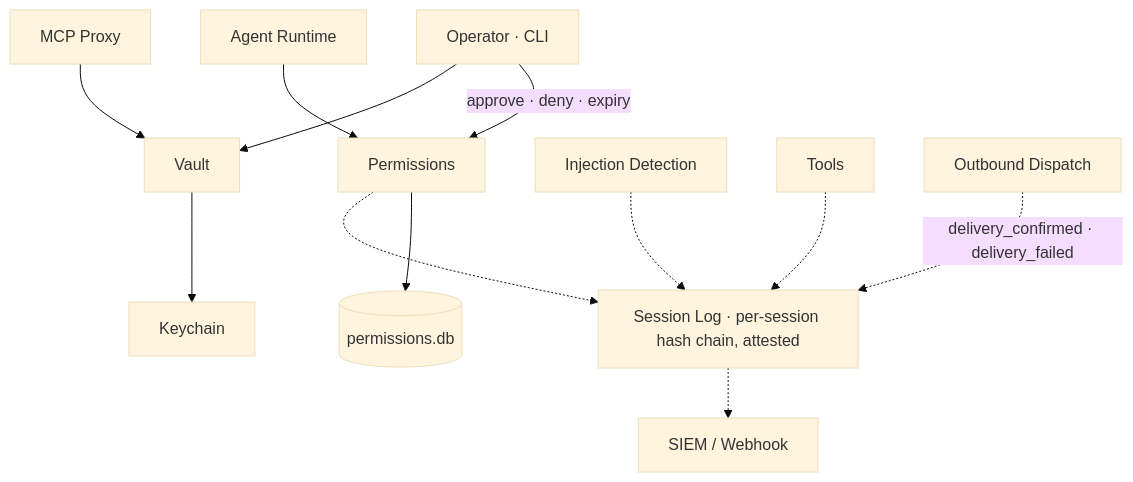
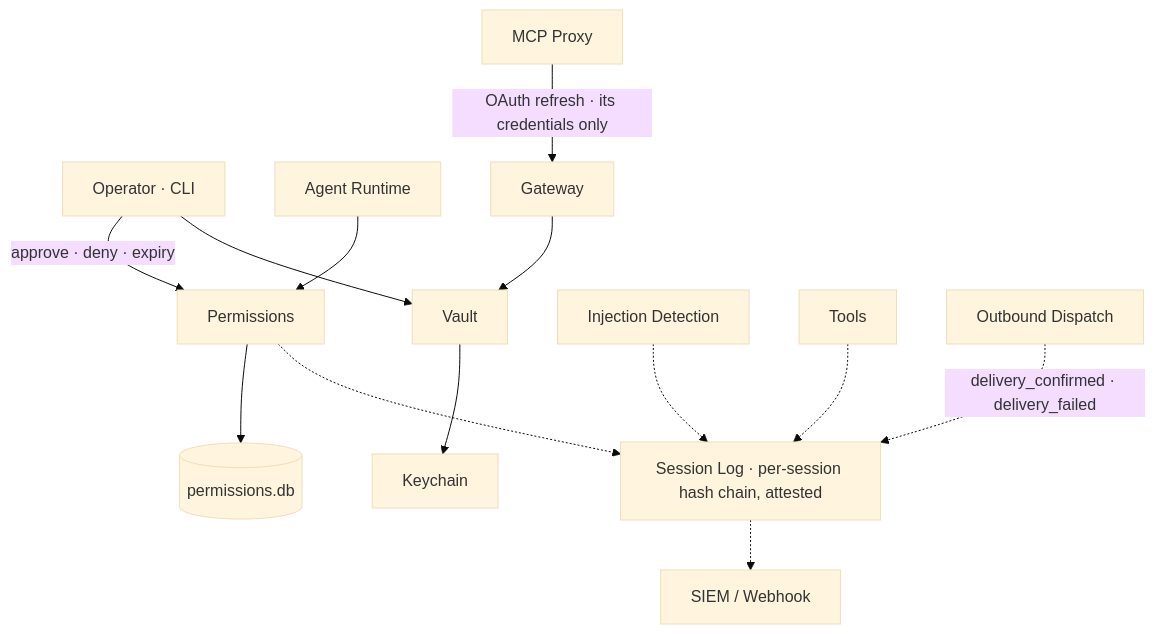
One commit to gebruder/wirken changed the second of 2 diagrams in README.md. Above: the diagram before and after it, drawn with Mermaid (base theme). The commit also changed other lines of this file and 19 other files, not shown here.

Commit message:
Hand the MCP proxy its credentials on stdin and refresh OAuth tokens in the gateway, so no child process holds the vault passphrase or device key (#178)

````diff
--- a/README.md
+++ b/README.md
@@ -182,14 +185,14 @@
 ```mermaid
 graph TD
     Operator["Operator · CLI"] -- "approve · deny · expiry" --> Permissions
     Permissions --> PermsDb[("permissions.db")]
     Operator --> Vault --> Keychain
     Agent[Agent Runtime] --> Permissions
-    McpProxy[MCP Proxy] --> Vault
+    McpProxy[MCP Proxy] -- "OAuth refresh · its credentials only" --> Gateway --> Vault
 
     Detect[Injection Detection] -.-> SessionLog
     Permissions -.-> SessionLog
     Tools -.-> SessionLog
     Outbound["Outbound Dispatch"] -. "delivery_confirmed · delivery_failed" .-> SessionLog
     SessionLog["Session Log · per-session hash chain, attested"] -.-> SIEM[SIEM / Webhook]
 ```
````
